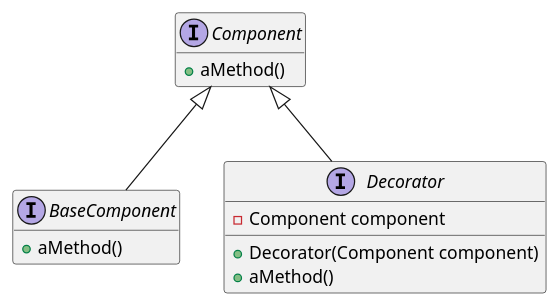
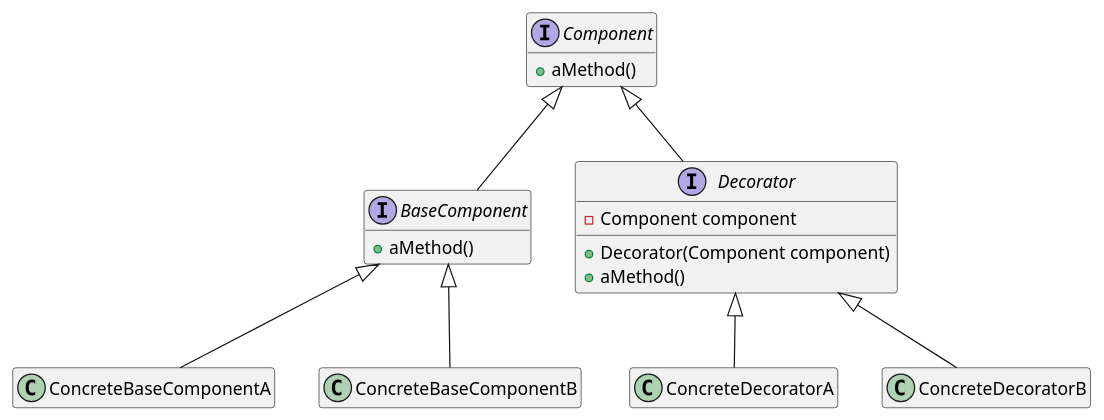
Before and after one commit to gama79530/DesignPattern: the diagram in DecoratorPattern/DecoratorPattern.puml, drawn with PlantUML. The commit also changed 1 other file, not shown here.

```diff
--- a/DecoratorPattern/DecoratorPattern.puml
+++ b/DecoratorPattern/DecoratorPattern.puml
@@ -1,22 +1,37 @@
 @startuml DecoratorPattern
 hide empty members
 
 interface Component{
     + aMethod()
 } 
 
 interface BaseComponent{
     + aMethod()
 }
 
 interface Decorator{
     - Component component
     + Decorator(Component component)
     + aMethod()
 }
 
+class ConcreteBaseComponentA{
+}
+
+class ConcreteBaseComponentB{
+}
+
+class ConcreteDecoratorA{
+}
+
+class ConcreteDecoratorB{
+}
+
 Component <|-- BaseComponent
-
 Component <|-- Decorator
+BaseComponent <|-- ConcreteBaseComponentA
+BaseComponent <|-- ConcreteBaseComponentB
+Decorator <|-- ConcreteDecoratorA
+Decorator <|-- ConcreteDecoratorB
 
 @enduml
```
